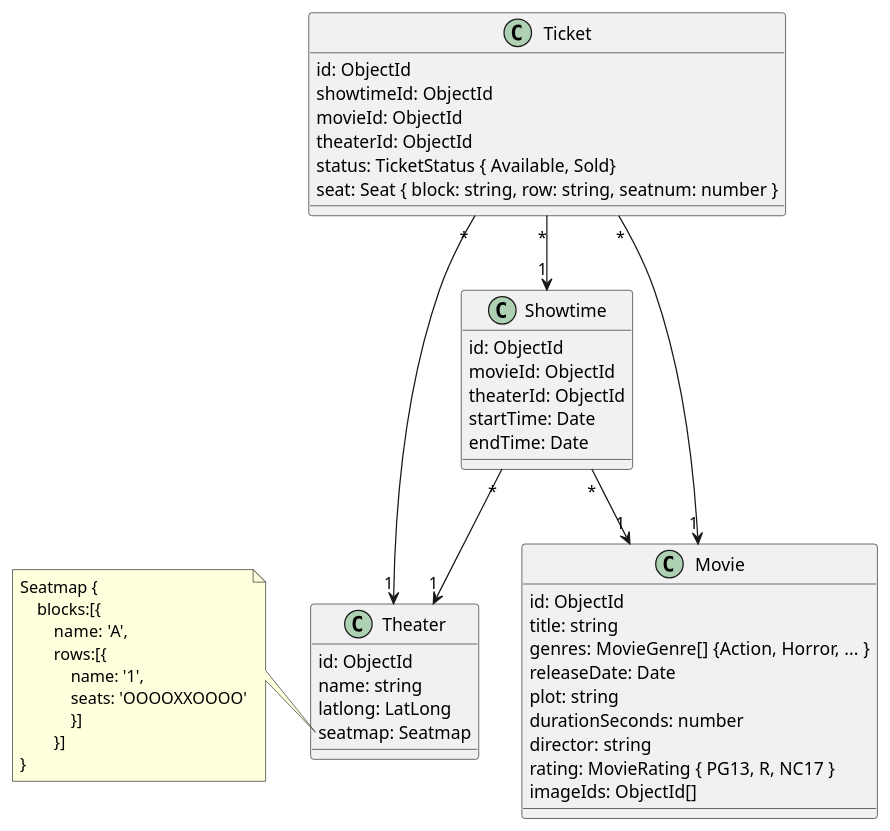
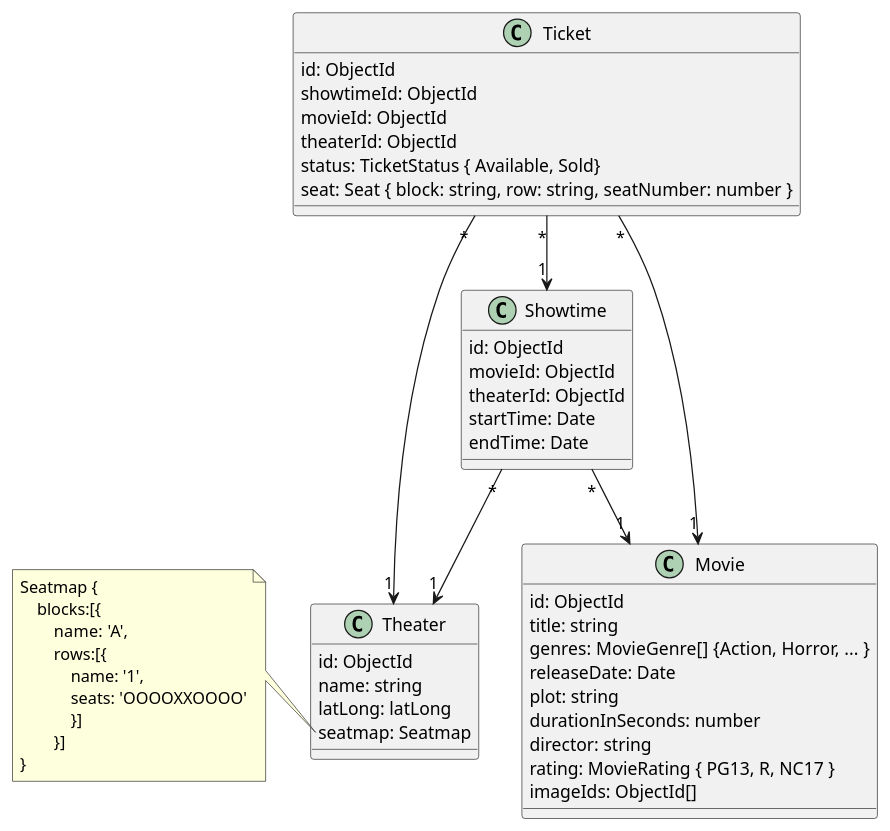
Before and after one commit to mannercode/mannercode.github.io: the second of 16 diagrams in _posts/2025-06-01-backend-design-3.md, drawn with PlantUML. The commit also changed other lines of this file and 122 other files, not shown here.

First line of the commit message:
Add UML diagrams for Showtime Creation workflow

```diff
--- a/_posts/2025-06-01-backend-design-3.md
+++ b/_posts/2025-06-01-backend-design-3.md
@@ -66,56 +66,56 @@
 {% plantuml %}
 @startuml
 class Movie {
     id: ObjectId
     title: string
     genres: MovieGenre[] {Action, Horror, ... }
     releaseDate: Date
     plot: string
-    durationSeconds: number
+    durationInSeconds: number
     director: string
     rating: MovieRating { PG13, R, NC17 }
     imageIds: ObjectId[]
 }
 
 class Theater {
     id: ObjectId
     name: string
-    latlong: LatLong
+    latLong: latLong
     seatmap: Seatmap
 }
 note left of Theater::seatmap
 Seatmap {
     blocks:[{
         name: 'A',
         rows:[{
             name: '1',
             seats: 'OOOOXXOOOO'
             }]
         }]
 }
 end note
 
 class Showtime {
     id: ObjectId
     movieId: ObjectId
     theaterId: ObjectId
     startTime: Date
     endTime: Date
 }
 
 class Ticket {
     id: ObjectId
     showtimeId: ObjectId
     movieId: ObjectId
     theaterId: ObjectId
     status: TicketStatus { Available, Sold}
-    seat: Seat { block: string, row: string, seatnum: number }
+    seat: Seat { block: string, row: string, seatNumber: number }
 }
 
 Ticket "*" --> "1" Showtime
 Ticket "*" --> "1" Movie
 Ticket "*" --> "1" Theater
 Showtime "*" --> "1" Movie
 Showtime "*" --> "1" Theater
 @enduml
 {% endplantuml %}
```
